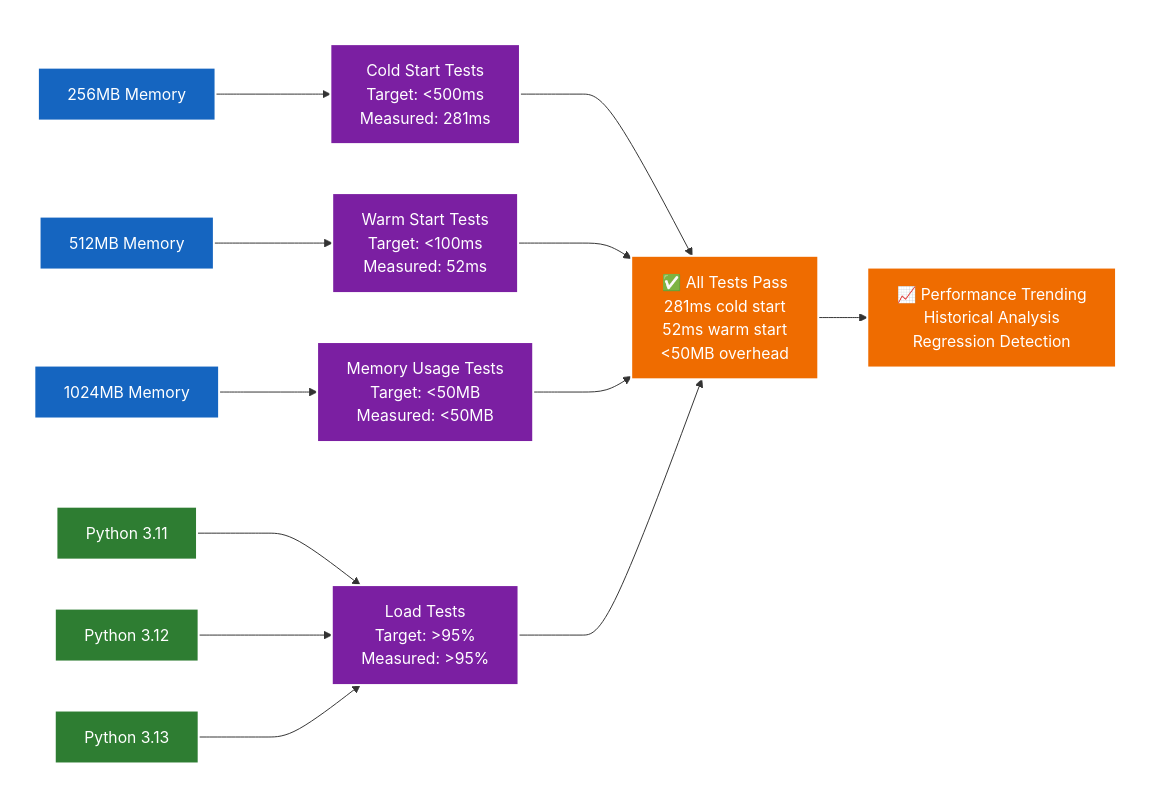
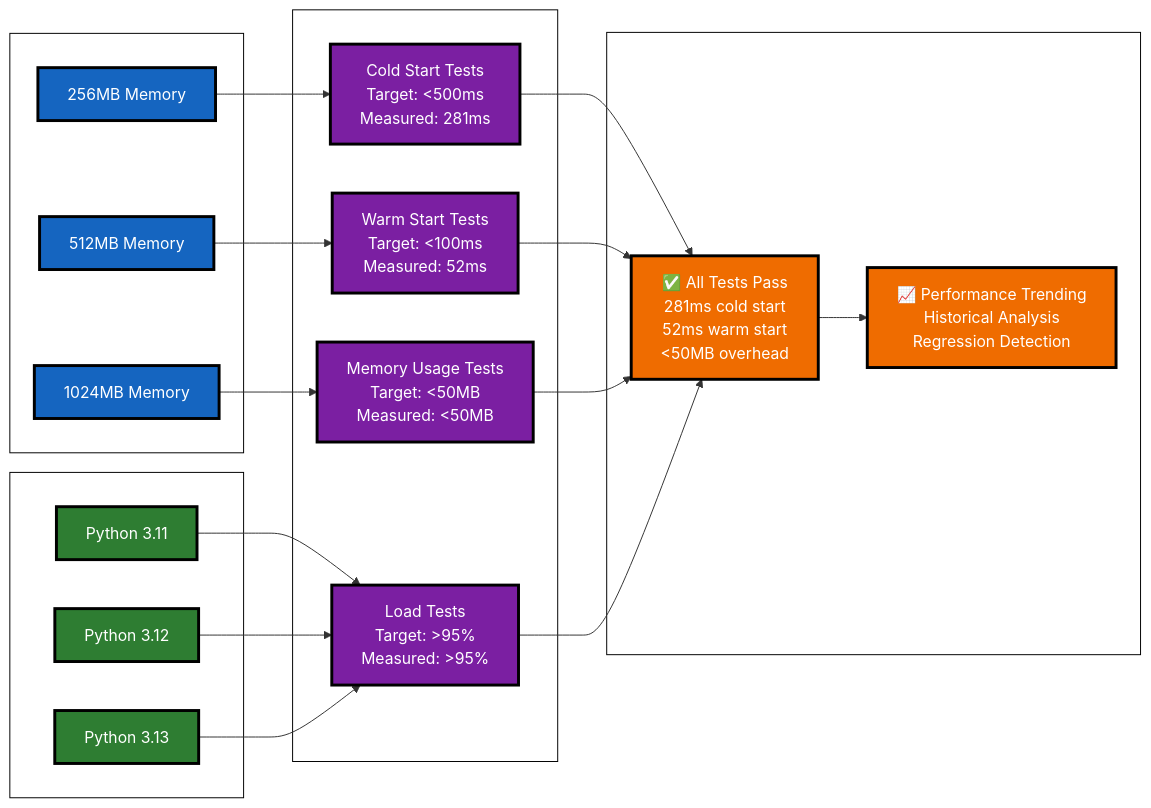
The third of 5 diagrams in docs/development/testing/lambda-testing.rst (honeyhiveai/python-sdk), drawn with Mermaid before and after one commit. The commit also changed other lines of this file and 1 other file, not shown here.

First line of the commit message:
fix: optimize Mermaid node labels for Firefox compatibility

```diff
--- a/docs/development/testing/lambda-testing.rst
+++ b/docs/development/testing/lambda-testing.rst
@@ -610,52 +610,52 @@
 .. mermaid::
 
-   %%{init: {'theme':'base', 'themeVariables': {'primaryColor': '#4F81BD', 'primaryTextColor': '#ffffff', 'primaryBorderColor': '#ffffff', 'lineColor': '#333333', 'mainBkg': 'transparent', 'secondBkg': 'transparent', 'tertiaryColor': 'transparent', 'clusterBkg': 'transparent', 'clusterBorder': '#ffffff', 'edgeLabelBackground': 'transparent', 'background': 'transparent'}, 'flowchart': {'linkColor': '#333333', 'linkWidth': 2}}}%%
+   %%{init: {'theme':'base', 'themeVariables': {'primaryColor': '#4F81BD', 'primaryTextColor': '#ffffff', 'primaryBorderColor': '#000000', 'lineColor': '#333333', 'mainBkg': 'transparent', 'secondBkg': 'transparent', 'tertiaryColor': 'transparent', 'clusterBkg': 'transparent', 'clusterBorder': '#000000', 'edgeLabelBackground': 'transparent', 'background': 'transparent'}, 'flowchart': {'linkColor': '#333333', 'linkWidth': 2}}}%%
    graph LR
        subgraph "Test Configurations"
            M256[256MB Memory]
            M512[512MB Memory]
            M1024[1024MB Memory]
        end
        
        subgraph "Performance Tests"
            COLD[Cold Start Tests<br/>Target: <500ms<br/>Measured: 281ms]
            WARM[Warm Start Tests<br/>Target: <100ms<br/>Measured: 52ms]
            MEM[Memory Usage Tests<br/>Target: <50MB<br/>Measured: <50MB]
            LOAD[Load Tests<br/>Target: >95%<br/>Measured: >95%]
        end
        
        subgraph "Python Versions"
            P311[Python 3.11]
            P312[Python 3.12]
            P313[Python 3.13]
        end
        
        subgraph "Test Results"
            PASS[✅ All Tests Pass<br/>281ms cold start<br/>52ms warm start<br/><50MB overhead]
            TREND[📈 Performance Trending<br/>Historical Analysis<br/>Regression Detection]
        end
        
        M256 --> COLD
        M512 --> WARM
        M1024 --> MEM
        
        P311 --> LOAD
        P312 --> LOAD
        P313 --> LOAD
        
        COLD --> PASS
        WARM --> PASS
        MEM --> PASS
        LOAD --> PASS
        
        PASS --> TREND
        
-       classDef config fill:#1565c0,stroke:#ffffff,stroke-width:2px,color:#ffffff
-       classDef test fill:#7b1fa2,stroke:#ffffff,stroke-width:2px,color:#ffffff
-       classDef version fill:#2e7d32,stroke:#ffffff,stroke-width:2px,color:#ffffff
-       classDef result fill:#ef6c00,stroke:#ffffff,stroke-width:2px,color:#ffffff
+       classDef config fill:#1565c0,stroke:#000000,stroke-width:3px,color:#ffffff
+       classDef test fill:#7b1fa2,stroke:#000000,stroke-width:3px,color:#ffffff
+       classDef version fill:#2e7d32,stroke:#000000,stroke-width:3px,color:#ffffff
+       classDef result fill:#ef6c00,stroke:#000000,stroke-width:3px,color:#ffffff
        
        class M256,M512,M1024 config
        class COLD,WARM,MEM,LOAD test
        class P311,P312,P313 version
        class PASS,TREND result
```
